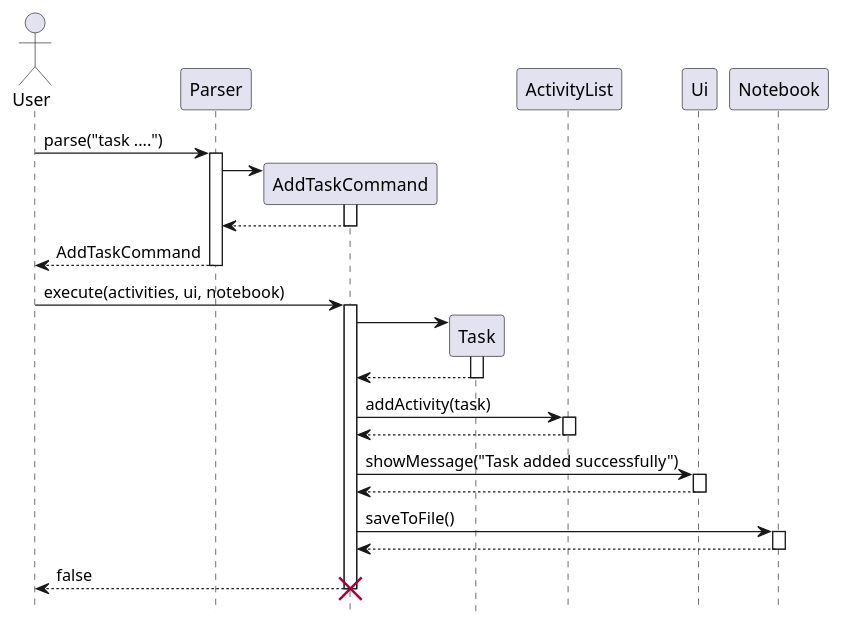
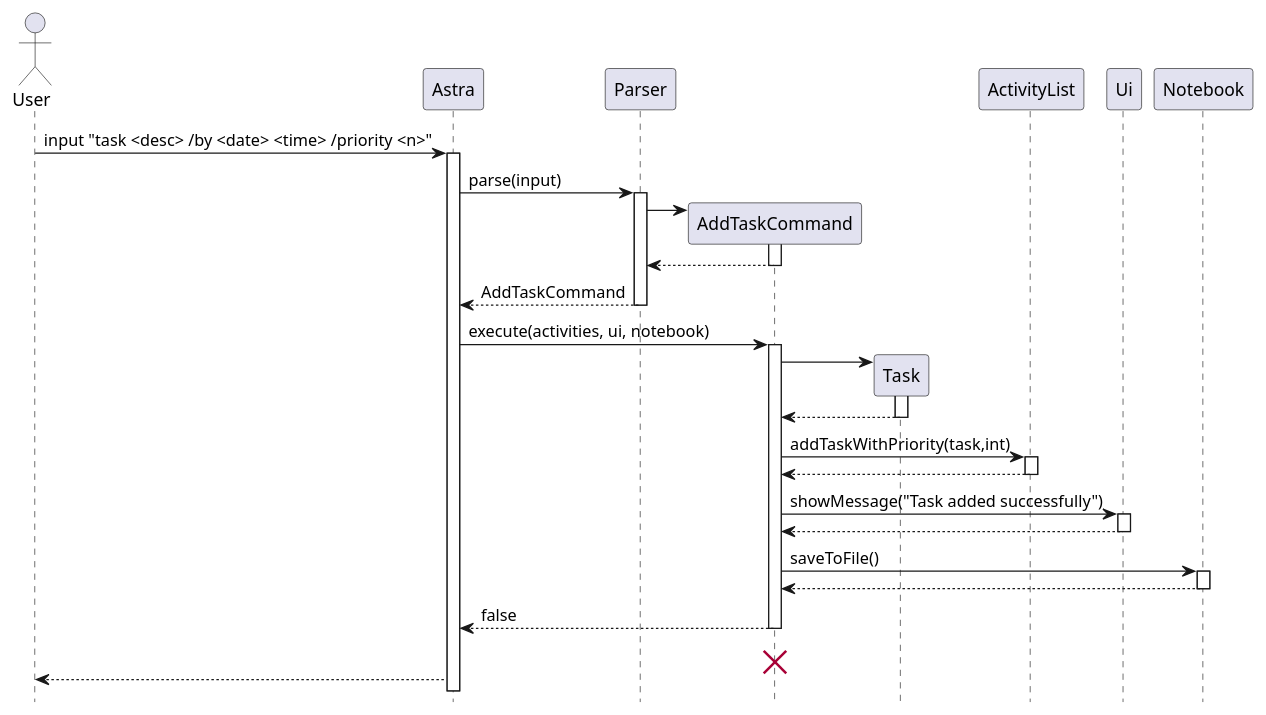
The diagram in docs/diagrams/AddCommands.puml (Kennahh/tp), drawn with PlantUML before and after one commit. The commit also changed 1 other file, not shown here.

Commit message:
Update AddCommand sequenc(AddTaskCommand)

```diff
--- a/docs/diagrams/AddCommands.puml
+++ b/docs/diagrams/AddCommands.puml
@@ -1,61 +1,66 @@
 @startuml
 'https://plantuml.com/sequence-diagram
 
 hide footbox
  actor User
+ participant Astra
  participant Parser
  participant AddTaskCommand
  participant Task
  participant ActivityList
  participant Ui
  participant Notebook
 
  ' Step 1: User input is parsed
- User -> Parser : parse("task ....")
+ User -> Astra: input "task <desc> /by <date> <time> /priority <n>"
+ activate Astra
+ Astra -> Parser : parse(input)
  activate Parser
 
  ' Parser creates AddTaskCommand
  create AddTaskCommand
  Parser -> AddTaskCommand
  activate AddTaskCommand
  AddTaskCommand --> Parser
  deactivate AddTaskCommand
 
  ' Parser returns command to User
- Parser --> User : AddTaskCommand
+ Parser --> Astra : AddTaskCommand
  deactivate Parser
 
  ' Step 2: User executes the command
- User -> AddTaskCommand : execute(activities, ui, notebook)
+ Astra -> AddTaskCommand : execute(activities, ui, notebook)
  activate AddTaskCommand
 
  ' Inside execute(): create a new Task
  create Task
  AddTaskCommand -> Task
  activate Task
  Task --> AddTaskCommand
  deactivate Task
 
  ' Add the task to ActivityList
- AddTaskCommand -> ActivityList : addActivity(task)
+ AddTaskCommand -> ActivityList : addTaskWithPriority(task,int)
  activate ActivityList
  ActivityList --> AddTaskCommand
  deactivate ActivityList
 
  ' Show a message through Ui
  AddTaskCommand -> Ui : showMessage("Task added successfully")
  activate Ui
  Ui --> AddTaskCommand
  deactivate Ui
 
  ' Save to file using Notebook
  AddTaskCommand -> Notebook : saveToFile()
  activate Notebook
  Notebook --> AddTaskCommand
  deactivate Notebook
 
  ' Return value to user
- AddTaskCommand --> User : false
+ AddTaskCommand --> Astra : false
  deactivate AddTaskCommand
+ AddTaskCommand -[hidden]-> AddTaskCommand
  destroy AddTaskCommand
+ Astra -->User
 @enduml
```
